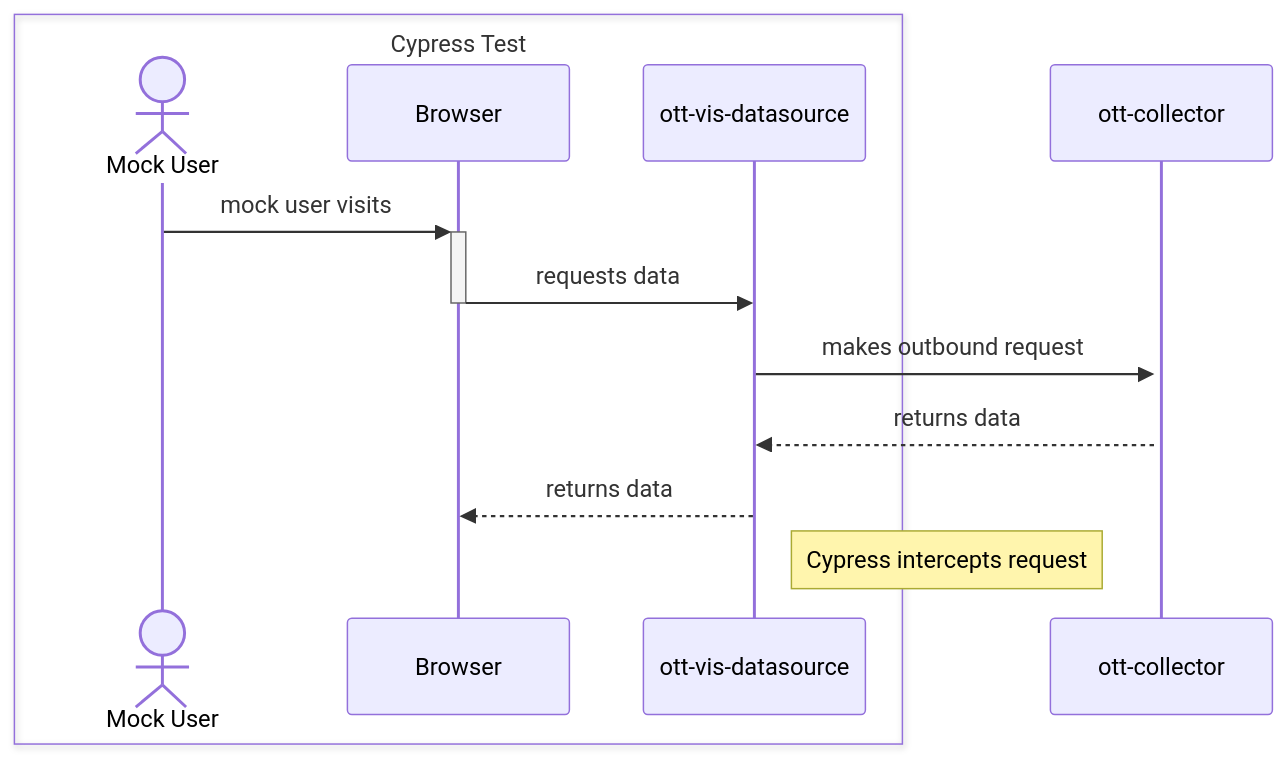
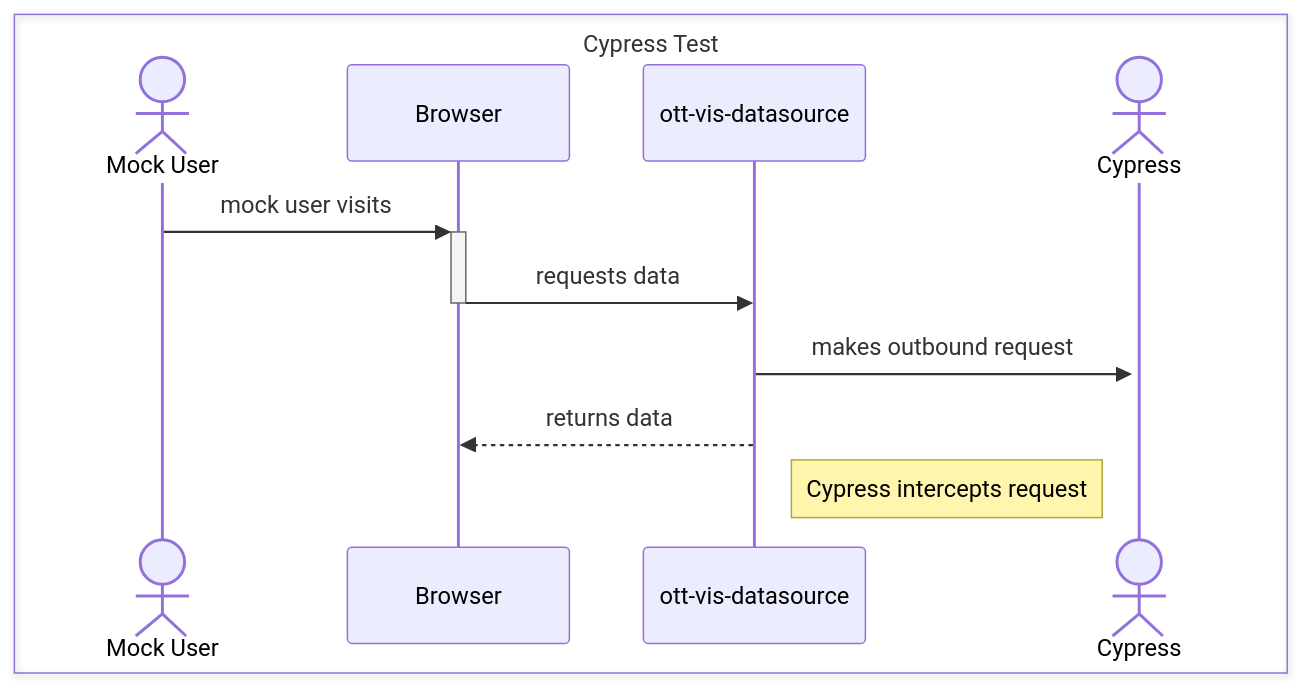
One commit to dyc3/senior-design changed the diagram in figures/vis/visualization-datasource-smoketest-sequence.mmd. Above: the diagram before and after it, drawn with Mermaid. The commit also changed 1 other file, not shown here.

```diff
--- a/figures/vis/visualization-datasource-smoketest-sequence.mmd
+++ b/figures/vis/visualization-datasource-smoketest-sequence.mmd
@@ -1,14 +1,14 @@
 sequenceDiagram
     box Cypress Test
     actor e2e as Mock User
     participant Browser
     participant ott-vis-datasource
+    actor Cypress
     end
     
     e2e->>+Browser : mock user visits
     Browser->>-ott-vis-datasource : requests data
-    ott-vis-datasource->>+ott-collector : makes outbound request
-    ott-collector-->>ott-vis-datasource : returns data
+    ott-vis-datasource->>+ Cypress: makes outbound request
     ott-vis-datasource-->>Browser : returns data
 
     note right of ott-vis-datasource: Cypress intercepts request
```
